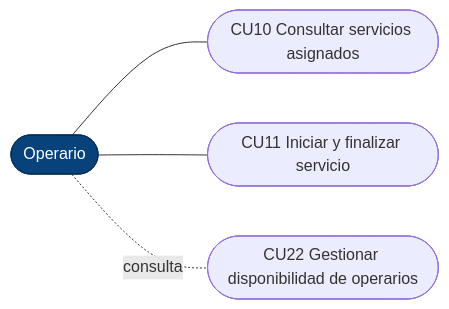
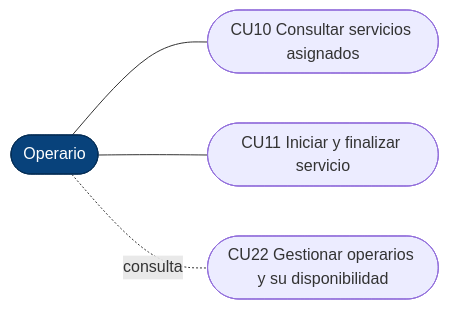
One commit to BrayanCABRERA123/lavarapido-docs changed the third of 24 diagrams in 02-analisis-vistas-dinamicas/ES/analisis-vistas-dinamicas.md. Above: the diagram before and after it, drawn with Mermaid. The commit also changed other lines of this file and 1 other file, not shown here.

````diff
--- a/02-analisis-vistas-dinamicas/ES/analisis-vistas-dinamicas.md
+++ b/02-analisis-vistas-dinamicas/ES/analisis-vistas-dinamicas.md
@@ -105,14 +110,14 @@
 ```mermaid
 flowchart LR
     Operario(["Operario"])
     CU10(["CU10 Consultar servicios asignados"])
     CU11(["CU11 Iniciar y finalizar servicio"])
-    CU22(["CU22 Gestionar disponibilidad de operarios"])
+    CU22(["CU22 Gestionar operarios y su disponibilidad"])
 
     Operario --- CU10
     Operario --- CU11
     Operario -. "consulta" .- CU22
 
     classDef actor fill:#08427b,color:#fff,stroke:#052e56
     class Operario actor
 ```
````
